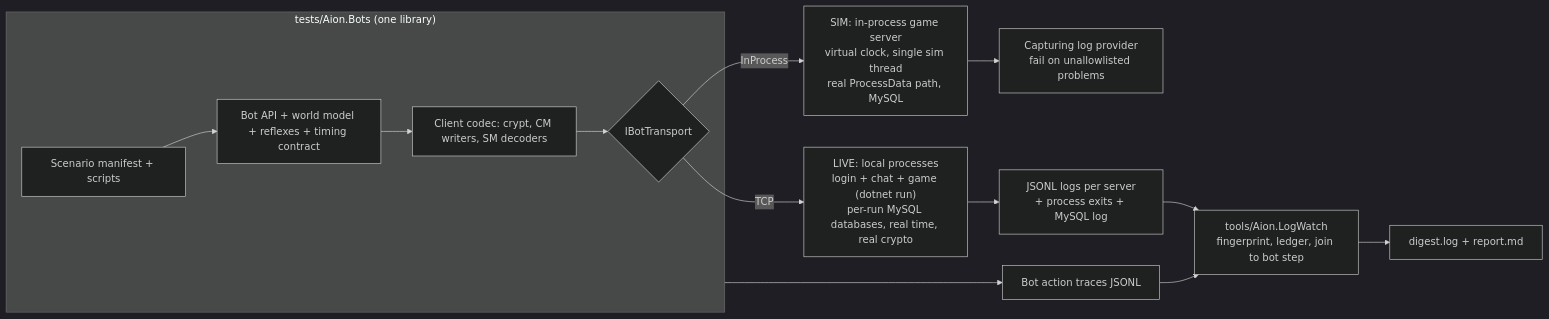
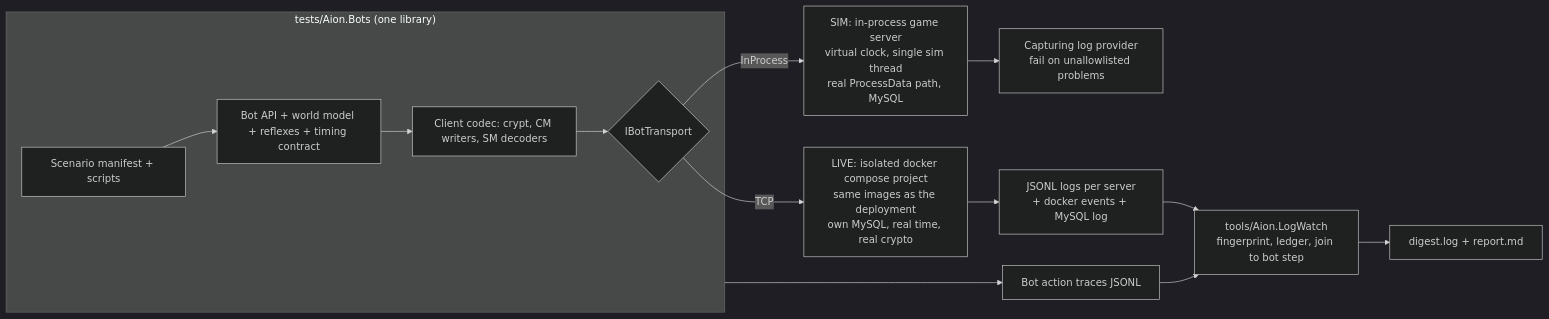
The diagram in docs/e2e-player-simulation-plan.md (pein9/BeyondAionSharp), drawn with Mermaid (dark theme) before and after one commit. The commit also changed other lines of this file, not shown here.

First line of the commit message:
Plan LIVE mode as an isolated docker compose project

````diff
--- a/docs/e2e-player-simulation-plan.md
+++ b/docs/e2e-player-simulation-plan.md
@@ -93,13 +94,13 @@
 ```mermaid
 flowchart LR
   subgraph Bots["tests/Aion.Bots (one library)"]
     S[Scenario manifest + scripts] --> API[Bot API + world model + reflexes + timing contract]
     API --> Codec[Client codec: crypt, CM writers, SM decoders]
     Codec --> T{IBotTransport}
   end
   T -->|InProcess| SIM["SIM: in-process game server<br/>virtual clock, single sim thread<br/>real ProcessData path, MySQL"]
-  T -->|TCP| LIVE["LIVE: local processes<br/>login + chat + game (dotnet run)<br/>per-run MySQL databases, real time, real crypto"]
+  T -->|TCP| LIVE["LIVE: isolated docker compose project<br/>same images as the deployment<br/>own MySQL, real time, real crypto"]
   SIM --> Cap[Capturing log provider<br/>fail on unallowlisted problems]
-  LIVE --> J[JSONL logs per server<br/>+ process exits + MySQL log] --> W[tools/Aion.LogWatch<br/>fingerprint, ledger, join to bot step] --> D[digest.log + report.md]
+  LIVE --> J[JSONL logs per server<br/>+ docker events + MySQL log] --> W[tools/Aion.LogWatch<br/>fingerprint, ledger, join to bot step] --> D[digest.log + report.md]
   Bots --> BT[Bot action traces JSONL] --> W
 ```
````
